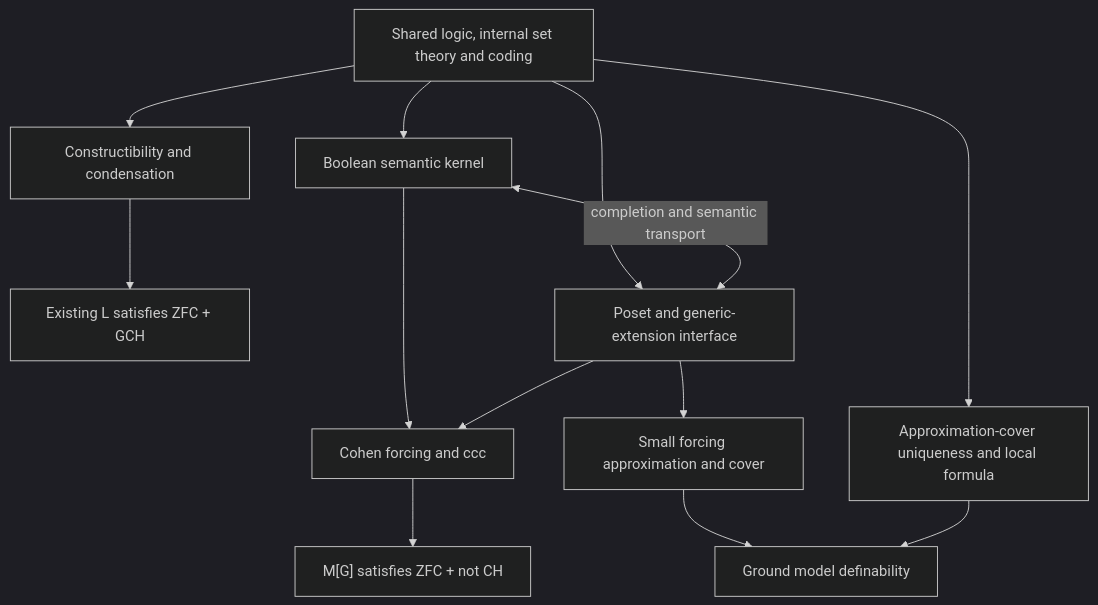
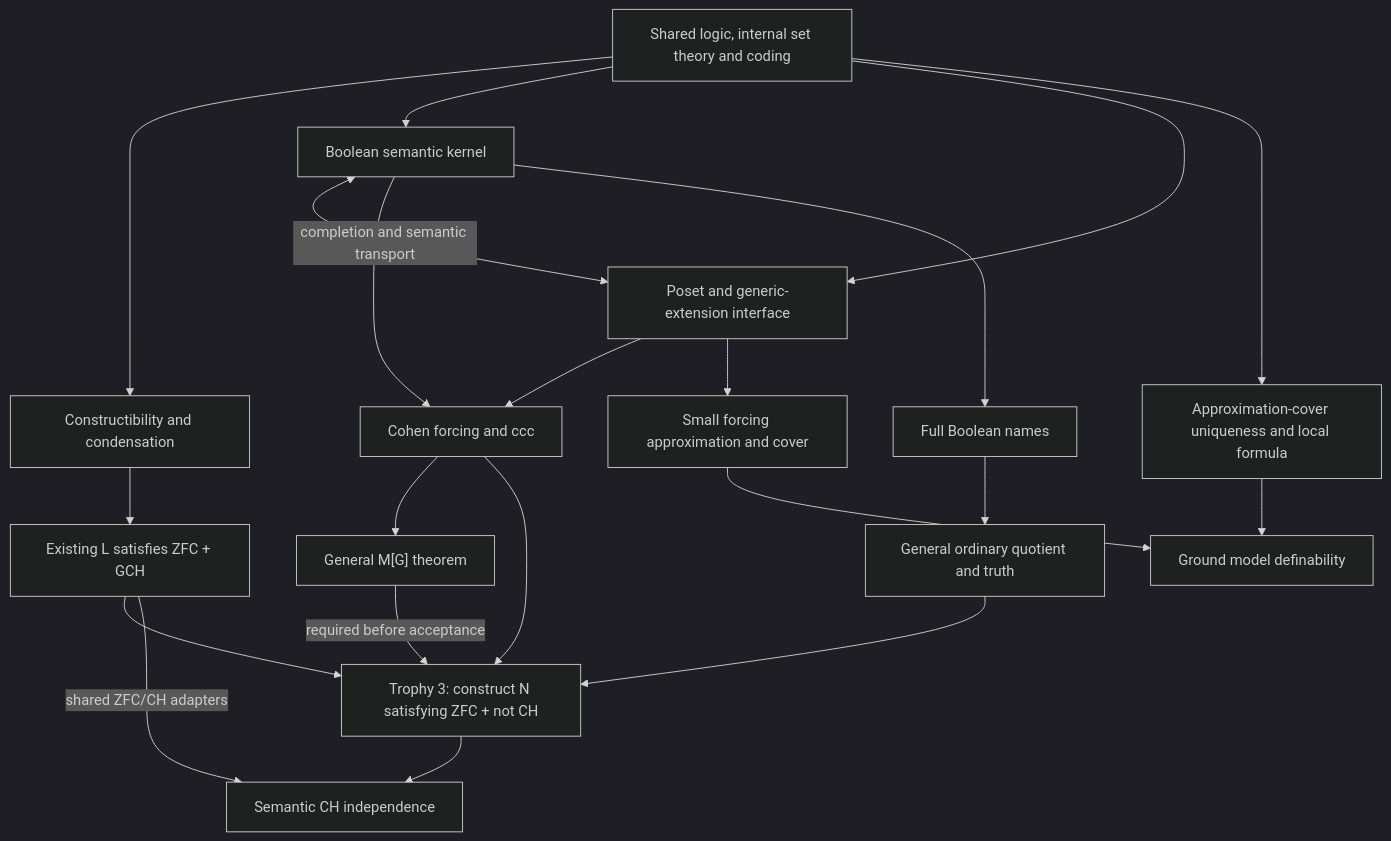
Before and after one commit to BedrockInstitute/Bedrock: the diagram in dev/literature/cohen-flypitch4-design-2026-09.md, drawn with Mermaid (dark theme). The commit also changed other lines of this file and 5 other files, not shown here.

Commit message:
Set trophy three to an actual non-CH model and semantic independence

````diff
--- a/dev/literature/cohen-flypitch4-design-2026-09.md
+++ b/dev/literature/cohen-flypitch4-design-2026-09.md
@@ -86,15 +97,23 @@
 ```mermaid
 flowchart TD
   A["Shared logic, internal set theory and coding"] --> L["Constructibility and condensation"]
   L --> LG["Existing L satisfies ZFC + GCH"]
   A --> B["Boolean semantic kernel"]
   A --> P["Poset and generic-extension interface"]
   B <-->|"completion and semantic transport"| P
   B --> C["Cohen forcing and ccc"]
   P --> C
-  C --> NC["M[G] satisfies ZFC + not CH"]
+  C --> GE["General M[G] theorem"]
+  B --> F["Full Boolean names"]
+  F --> Q["General ordinary quotient and truth"]
+  LG --> NC
+  C --> NC
+  GE -->|"required before acceptance"| NC
+  Q --> NC["Trophy 3: construct N satisfying ZFC + not CH"]
+  NC --> SI["Semantic CH independence"]
+  LG -->|"shared ZFC/CH adapters"| SI
   P --> S["Small forcing approximation and cover"]
   A --> U["Approximation-cover uniqueness and local formula"]
   S --> GD["Ground model definability"]
   U --> GD
 ```
````
